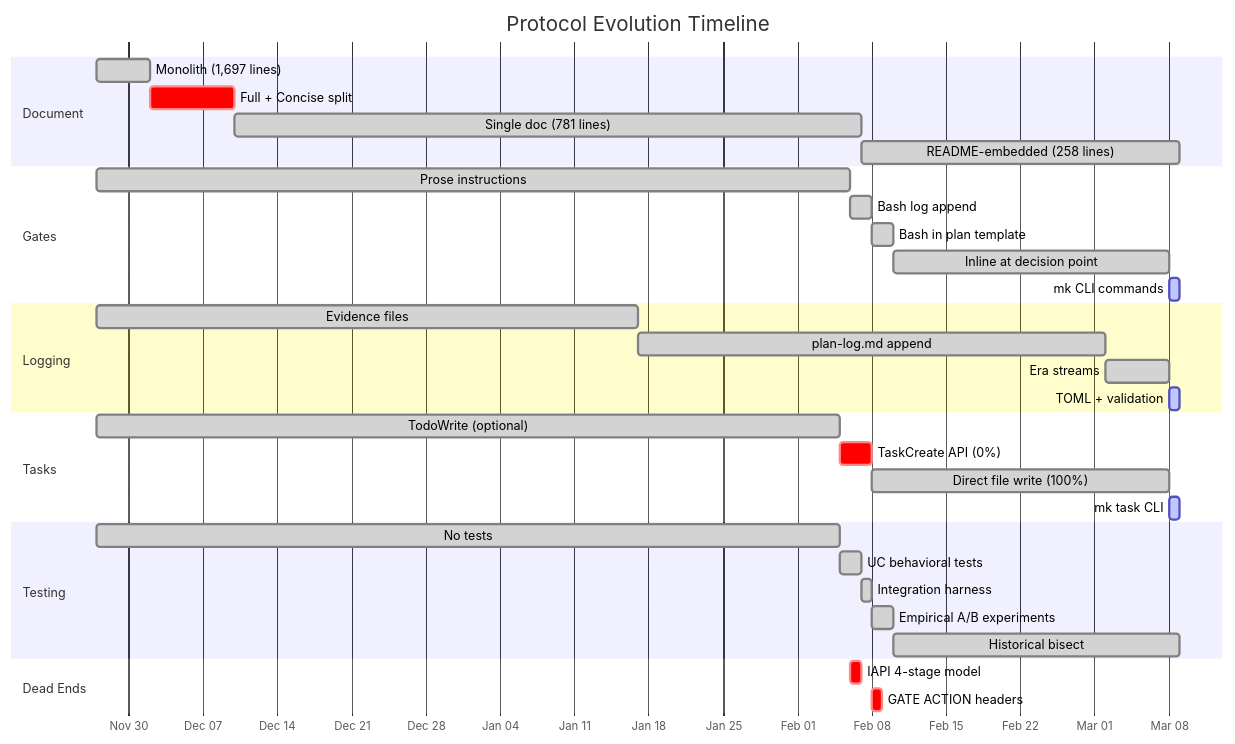
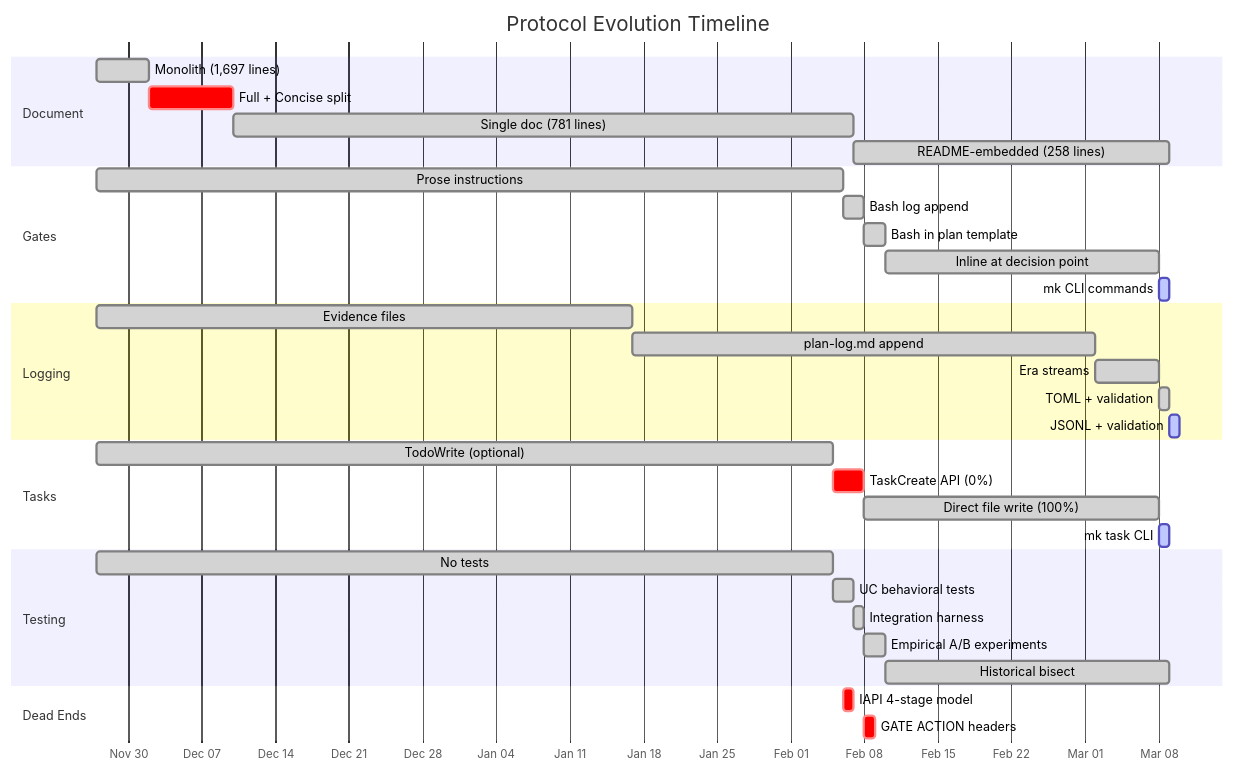
One commit to binaryphile/tandem-protocol changed the first of 6 diagrams in docs/evolution.md. Above: the diagram before and after it, drawn with Mermaid. The commit also changed other lines of this file and 12 other files, not shown here.

Commit message:
feat: migrate event payloads from TOML to JSONL

````diff
--- a/docs/evolution.md
+++ b/docs/evolution.md
@@ -7,42 +7,43 @@
 ```mermaid
 gantt
     title Protocol Evolution Timeline
     dateFormat YYYY-MM-DD
     axisFormat %b %d
 
     section Document
     Monolith (1,697 lines)       :done, 2025-11-27, 2025-12-02
     Full + Concise split         :crit, 2025-12-02, 2025-12-10
     Single doc (781 lines)       :done, 2025-12-10, 2026-02-07
     README-embedded (258 lines)  :done, 2026-02-07, 2026-03-09
 
     section Gates
     Prose instructions           :done, 2025-11-27, 2026-02-06
     Bash log append              :done, 2026-02-06, 2026-02-08
     Bash in plan template        :done, 2026-02-08, 2026-02-10
     Inline at decision point     :done, 2026-02-10, 2026-03-08
     mk CLI commands              :active, 2026-03-08, 2026-03-09
 
     section Logging
     Evidence files               :done, 2025-11-27, 2026-01-17
     plan-log.md append           :done, 2026-01-17, 2026-03-02
     Era streams                  :done, 2026-03-02, 2026-03-08
-    TOML + validation            :active, 2026-03-08, 2026-03-09
+    TOML + validation            :done, 2026-03-08, 2026-03-09
+    JSONL + validation           :active, 2026-03-09, 2026-03-10
 
     section Tasks
     TodoWrite (optional)         :done, 2025-11-27, 2026-02-05
     TaskCreate API (0%)          :crit, 2026-02-05, 2026-02-08
     Direct file write (100%)     :done, 2026-02-08, 2026-03-08
     mk task CLI                  :active, 2026-03-08, 2026-03-09
 
     section Testing
     No tests                     :done, 2025-11-27, 2026-02-05
     UC behavioral tests          :done, 2026-02-05, 2026-02-07
     Integration harness          :done, 2026-02-07, 2026-02-08
     Empirical A/B experiments    :done, 2026-02-08, 2026-02-10
     Historical bisect            :done, 2026-02-10, 2026-03-09
 
     section Dead Ends
     IAPI 4-stage model           :crit, 2026-02-06, 2026-02-07
     GATE ACTION headers          :crit, 2026-02-08, 2026-02-09
 ```
````
